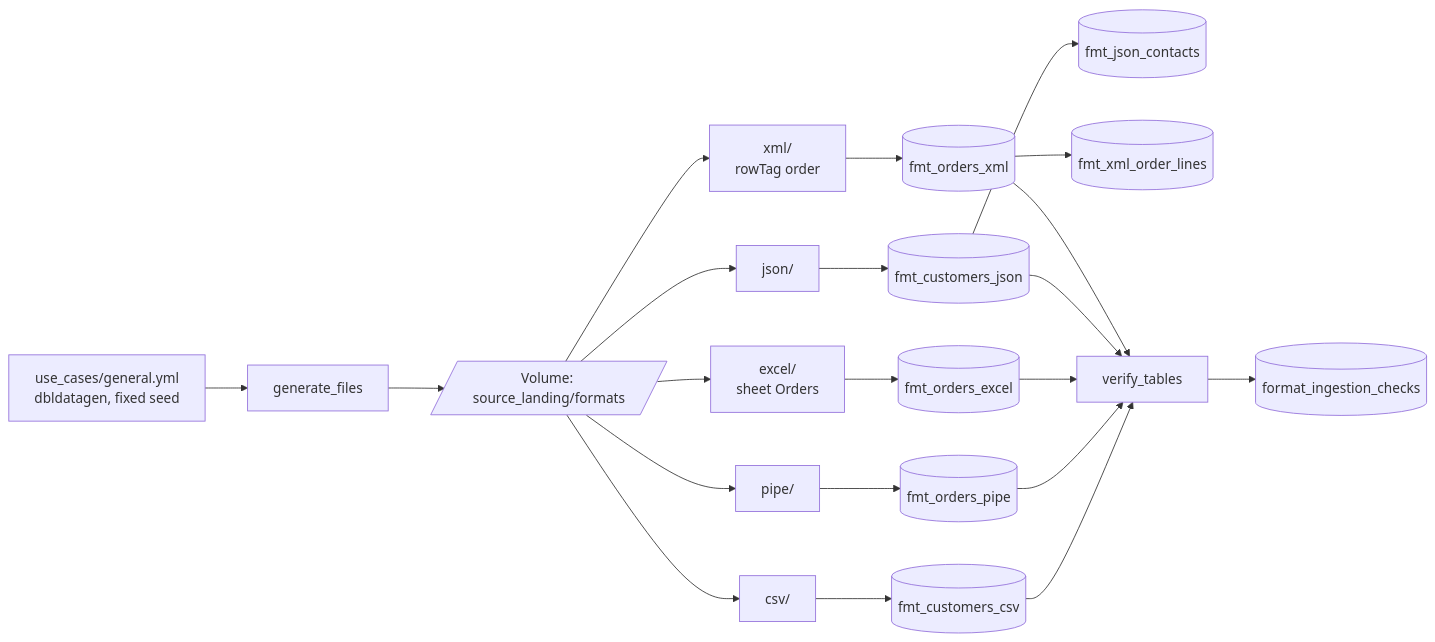
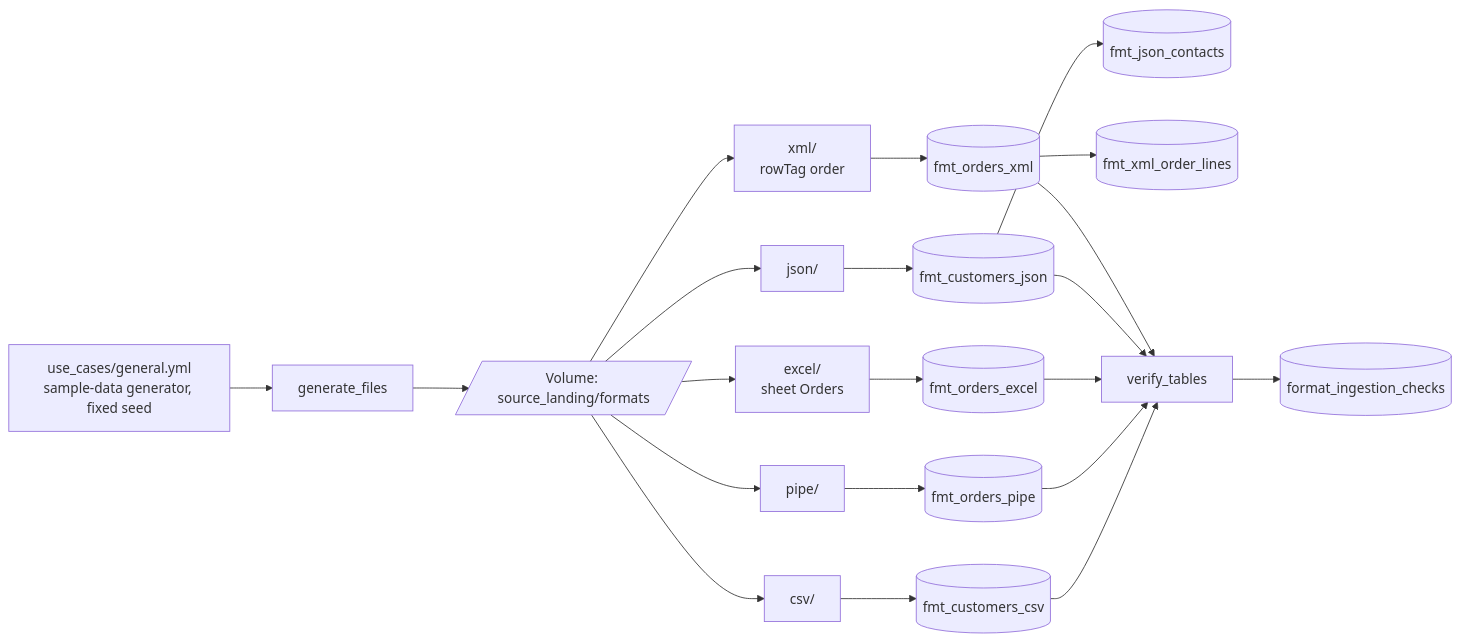
The diagram in reference/source-ingestion/guides/file-format-ingestion/README.md (pengbricks/pengbricks-app-capabilities-walkthrough), drawn with Mermaid before and after one commit. The commit also changed 209 other files, not shown here.

First line of the commit message:
Add CDC and Delta/Iceberg guides with shared sample data

````diff
--- a/reference/source-ingestion/guides/file-format-ingestion/README.md
+++ b/reference/source-ingestion/guides/file-format-ingestion/README.md
@@ -21,12 +21,12 @@
 ```mermaid
 flowchart LR
-  spec[use_cases/general.yml<br/>dbldatagen, fixed seed] --> gen[generate_files]
+  spec[use_cases/general.yml<br/>sample-data generator, fixed seed] --> gen[generate_files]
   gen --> vol[/Volume: source_landing/formats/]
   vol --> csv[csv/] --> t1[(fmt_customers_csv)]
   vol --> pipe[pipe/] --> t2[(fmt_orders_pipe)]
   vol --> xl[excel/<br/>sheet Orders] --> t3[(fmt_orders_excel)]
   vol --> js[json/] --> t4[(fmt_customers_json)] --> t4b[(fmt_json_contacts)]
   vol --> xml[xml/<br/>rowTag order] --> t5[(fmt_orders_xml)] --> t5b[(fmt_xml_order_lines)]
   t1 & t2 & t3 & t4 & t5 --> verify[verify_tables]
   verify --> checks[(format_ingestion_checks)]
 ```
````
